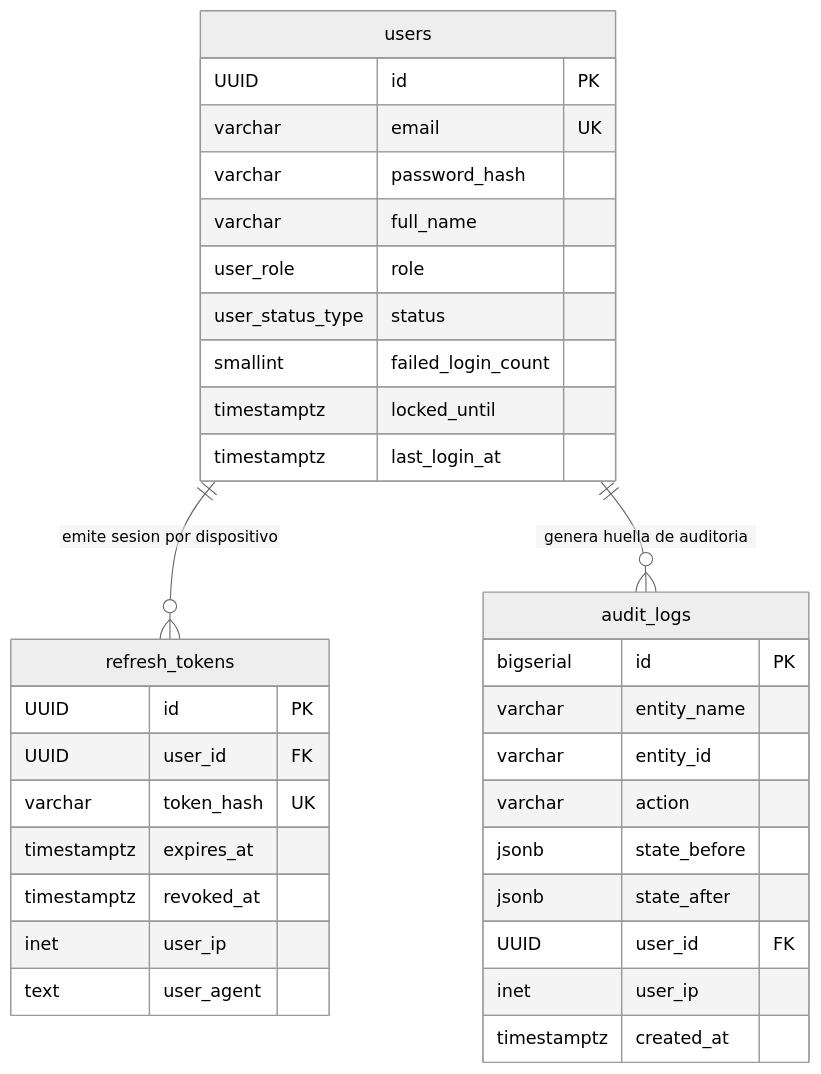
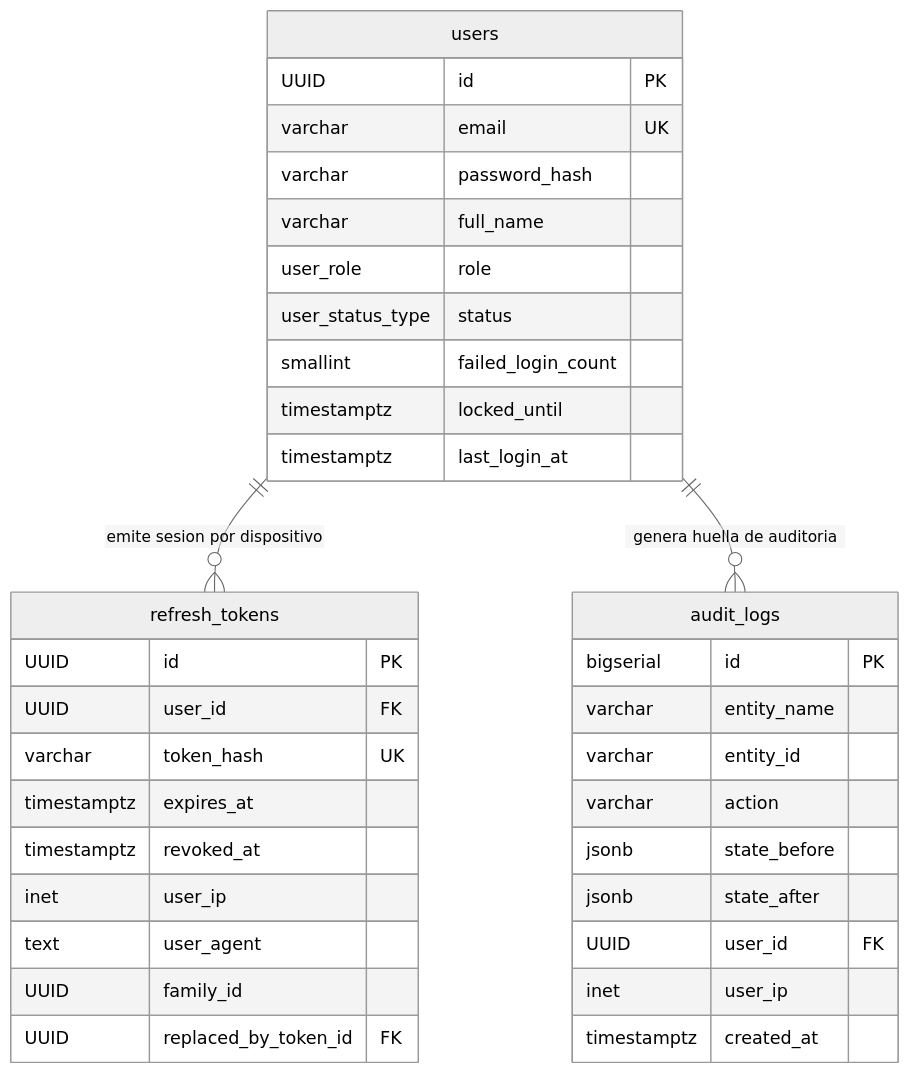
The second of 7 diagrams in database/docs/diagrama-entidad-relacion.md (YonatanLLa/-loan_system), drawn with Mermaid (neutral theme) before and after one commit. The commit also changed 35 other files, not shown here.

````diff
--- a/database/docs/diagrama-entidad-relacion.md
+++ b/database/docs/diagrama-entidad-relacion.md
@@ -72,37 +72,39 @@
 ```mermaid
 erDiagram
     users {
         UUID id PK
         varchar email UK
         varchar password_hash
         varchar full_name
         user_role role
         user_status_type status
         smallint failed_login_count
         timestamptz locked_until
         timestamptz last_login_at
     }
     refresh_tokens {
         UUID id PK
         UUID user_id FK
         varchar token_hash UK
         timestamptz expires_at
         timestamptz revoked_at
         inet user_ip
         text user_agent
+        UUID family_id
+        UUID replaced_by_token_id FK
     }
     audit_logs {
         bigserial id PK
         varchar entity_name
         varchar entity_id
         varchar action
         jsonb state_before
         jsonb state_after
         UUID user_id FK
         inet user_ip
         timestamptz created_at
     }
 
     users ||--o{ refresh_tokens : "emite sesion por dispositivo"
     users ||--o{ audit_logs : "genera huella de auditoria"
 ```
````
